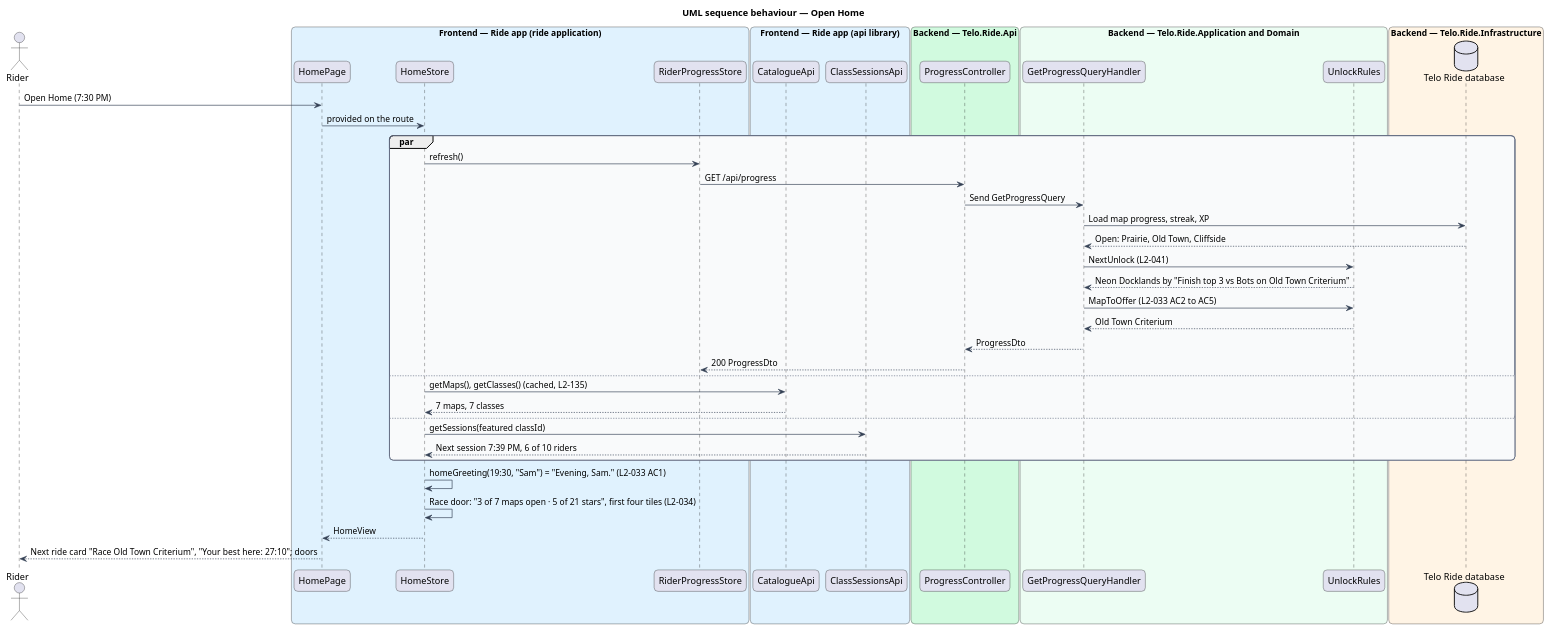
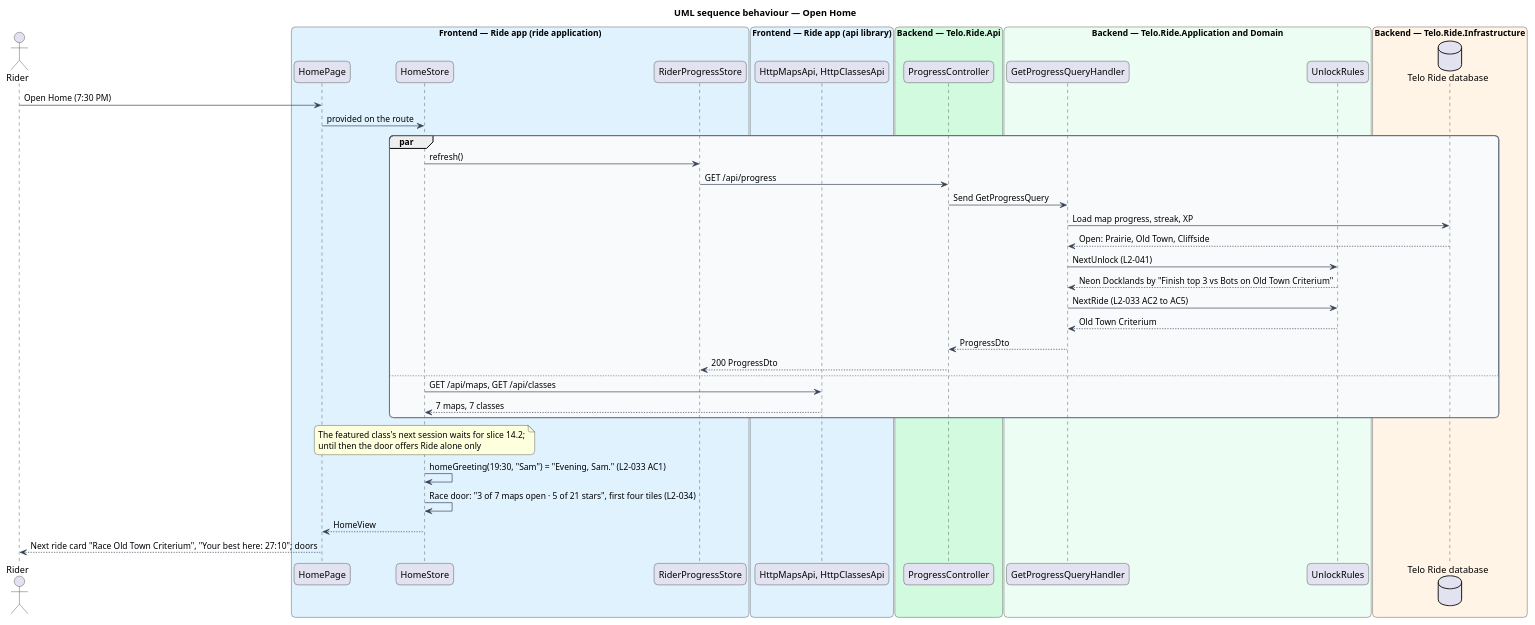
The diagram in docs/detailed-designs/home/choose-the-next-ride/diagrams/sequence-open-home.puml (QuinntyneBrown/ride-one), drawn with PlantUML before and after one commit. The commit also changed 10 other files, not shown here.

```diff
--- a/docs/detailed-designs/home/choose-the-next-ride/diagrams/sequence-open-home.puml
+++ b/docs/detailed-designs/home/choose-the-next-ride/diagrams/sequence-open-home.puml
@@ -1,62 +1,59 @@
 @startuml
 title UML sequence behaviour — Open Home
 skinparam backgroundColor #FFFFFF
 skinparam shadowing false
 skinparam roundcorner 12
 skinparam defaultFontName Arial
 skinparam ArrowColor #344054
 skinparam rectangle {
   BorderColor #344054
   FontColor #101828
 }
 skinparam package {
   BorderColor #667085
   FontColor #101828
   BackgroundColor #F9FAFB
 }
 actor "Rider" as actor
 box "Frontend — Ride app (ride application)" #E0F2FE
   participant "HomePage" as page
   participant "HomeStore" as store
   participant "RiderProgressStore" as prog
 end box
 box "Frontend — Ride app (api library)" #E0F2FE
-  participant "CatalogueApi" as cat
-  participant "ClassSessionsApi" as sess
+  participant "HttpMapsApi, HttpClassesApi" as cat
 end box
 box "Backend — Telo.Ride.Api" #D1FADF
   participant "ProgressController" as ctrl
 end box
 box "Backend — Telo.Ride.Application and Domain" #ECFDF3
   participant "GetProgressQueryHandler" as handler
   participant "UnlockRules" as rules
 end box
 box "Backend — Telo.Ride.Infrastructure" #FFF4E5
   database "Telo Ride database" as db
 end box
 actor -> page : Open Home (7:30 PM)
 page -> store : provided on the route
 par
   store -> prog : refresh()
   prog -> ctrl : GET /api/progress
   ctrl -> handler : Send GetProgressQuery
   handler -> db : Load map progress, streak, XP
   db --> handler : Open: Prairie, Old Town, Cliffside
   handler -> rules : NextUnlock (L2-041)
   rules --> handler : Neon Docklands by "Finish top 3 vs Bots on Old Town Criterium"
-  handler -> rules : MapToOffer (L2-033 AC2 to AC5)
+  handler -> rules : NextRide (L2-033 AC2 to AC5)
   rules --> handler : Old Town Criterium
   handler --> ctrl : ProgressDto
   ctrl --> prog : 200 ProgressDto
 else
-  store -> cat : getMaps(), getClasses() (cached, L2-135)
+  store -> cat : GET /api/maps, GET /api/classes
   cat --> store : 7 maps, 7 classes
-else
-  store -> sess : getSessions(featured classId)
-  sess --> store : Next session 7:39 PM, 6 of 10 riders
 end
+note over store : The featured class's next session waits for slice 14.2;\nuntil then the door offers Ride alone only
 store -> store : homeGreeting(19:30, "Sam") = "Evening, Sam." (L2-033 AC1)
 store -> store : Race door: "3 of 7 maps open · 5 of 21 stars", first four tiles (L2-034)
 store --> page : HomeView
 page --> actor : Next ride card "Race Old Town Criterium", "Your best here: 27:10"; doors
 @enduml
```
